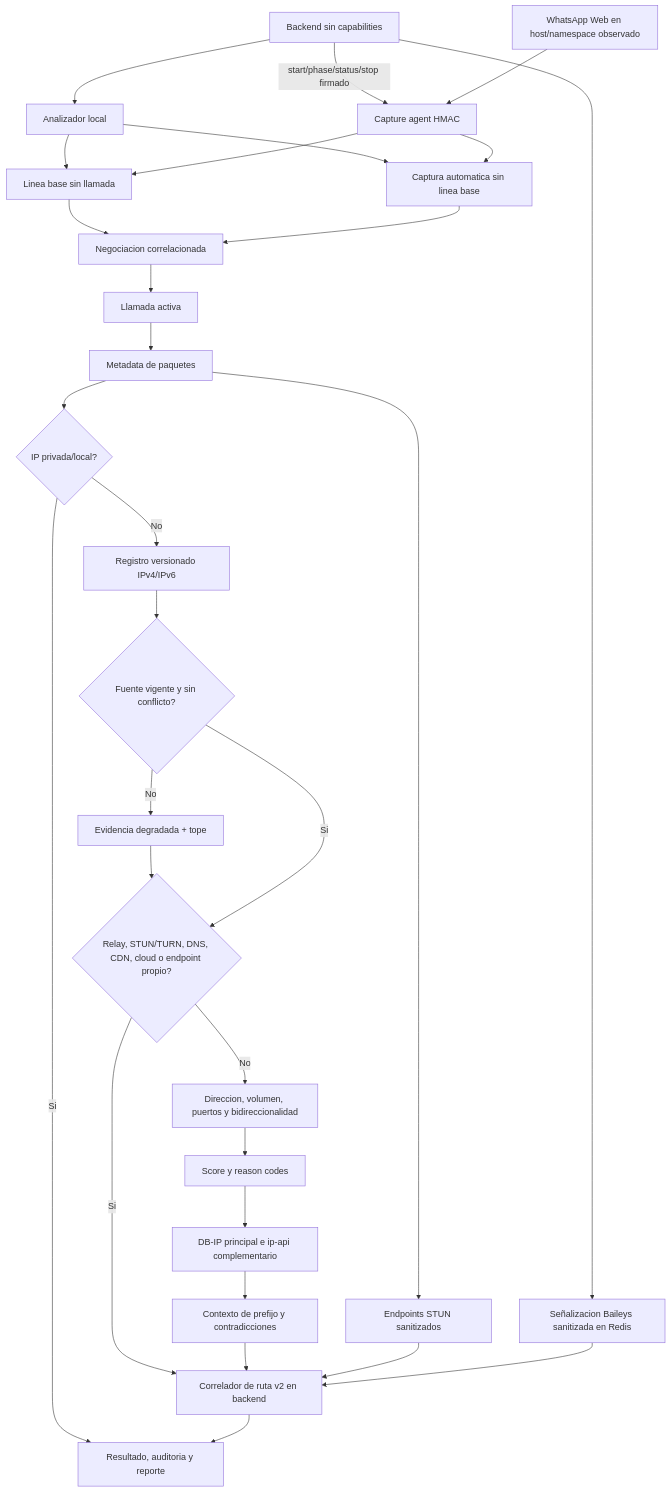
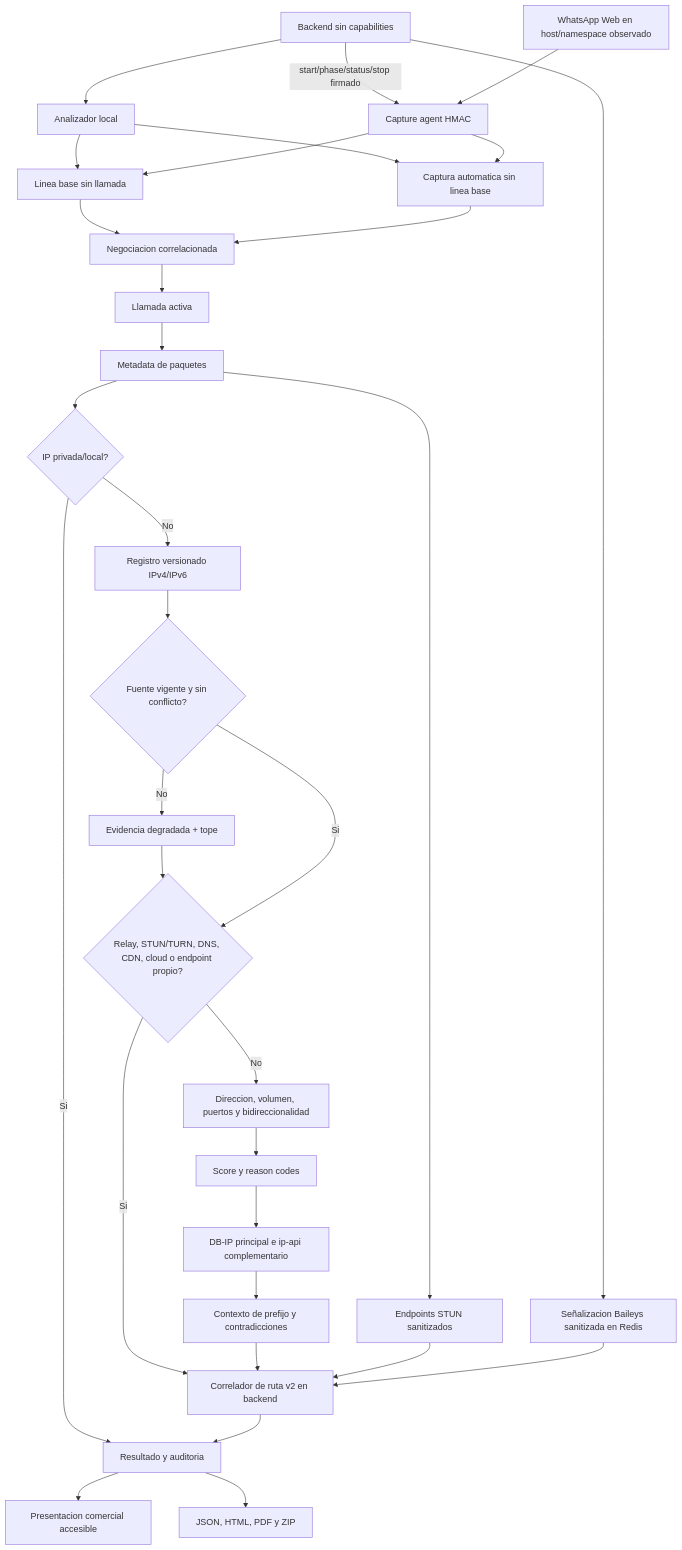
Before and after one commit to deco31416/wp-monitor: the diagram in docs/diagrams/08-call-analysis.md, drawn with Mermaid. The commit also changed other lines of this file and 37 other files, not shown here.

````diff
--- a/docs/diagrams/08-call-analysis.md
+++ b/docs/diagrams/08-call-analysis.md
@@ -9,42 +9,46 @@
 ```mermaid
 flowchart TD
     Browser[WhatsApp Web en host/namespace observado]
     Backend[Backend sin capabilities]
     Local[Analizador local]
     Agent[Capture agent HMAC]
     Baseline[Linea base sin llamada]
     Negotiation[Negociacion correlacionada]
     Active[Llamada activa]
     Auto[Captura automatica sin linea base]
     Packets[Metadata de paquetes]
     Private{IP privada/local?}
     Registry[Registro versionado IPv4/IPv6]
     Fresh{Fuente vigente y sin conflicto?}
     Known{Relay, STUN/TURN, DNS, CDN, cloud o endpoint propio?}
     Degraded[Evidencia degradada + tope]
     Flow[Direccion, volumen, puertos y bidireccionalidad]
     Score[Score y reason codes]
     Stun[Endpoints STUN sanitizados]
     Transport[Señalizacion Baileys sanitizada en Redis]
     Geo[DB-IP principal e ip-api complementario]
     Consistency[Contexto de prefijo y contradicciones]
     Correlator[Correlador de ruta v2 en backend]
-    Result[Resultado, auditoria y reporte]
+    Presentation[Presentacion comercial accesible]
+    Exports[JSON, HTML, PDF y ZIP]
+    Result[Resultado y auditoria]
 
     Backend -->|start/phase/status/stop firmado| Agent
     Backend --> Local
     Browser --> Agent
     Local --> Baseline --> Negotiation --> Active --> Packets --> Private
     Local --> Auto --> Negotiation
     Agent --> Baseline
     Agent --> Auto
     Private -->|Si| Result
     Private -->|No| Registry --> Fresh
     Fresh -->|No| Degraded --> Known
     Fresh -->|Si| Known
     Known -->|Si| Correlator
     Known -->|No| Flow --> Score --> Geo --> Consistency --> Correlator
     Packets --> Stun --> Correlator
     Backend --> Transport --> Correlator
     Correlator --> Result
+    Result --> Presentation
+    Result --> Exports
 ```
````
